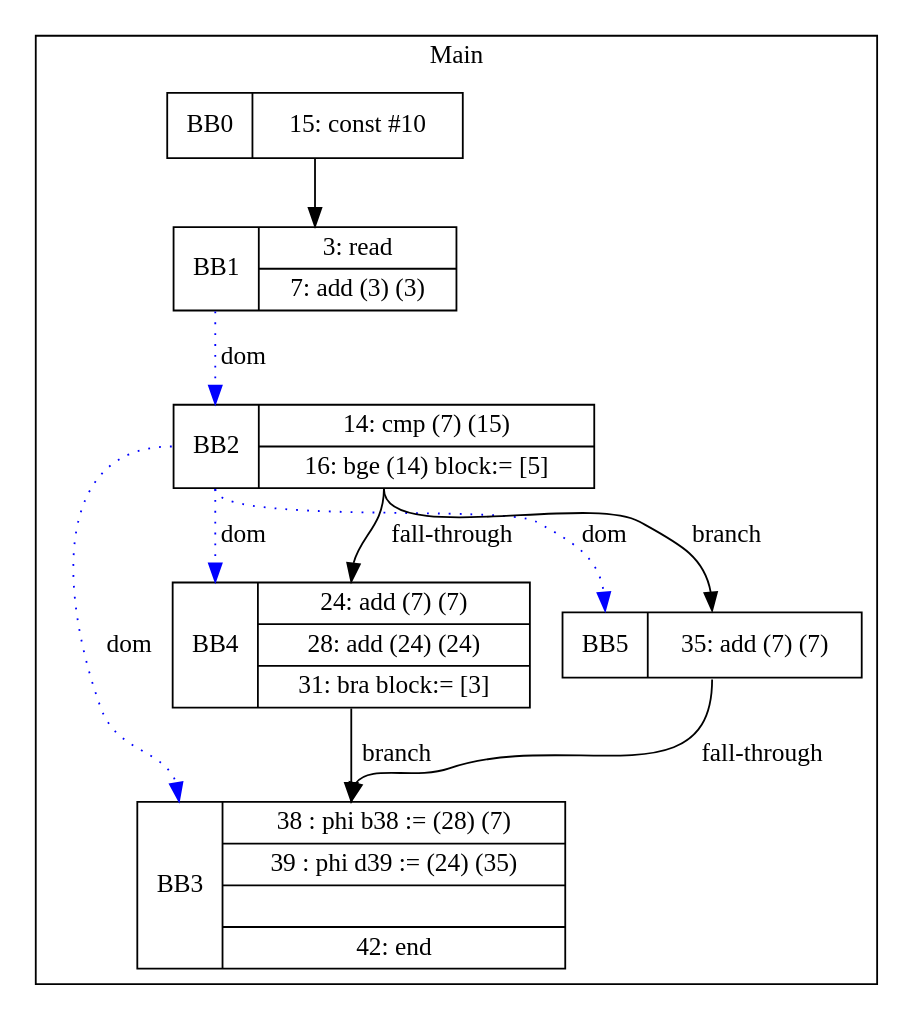
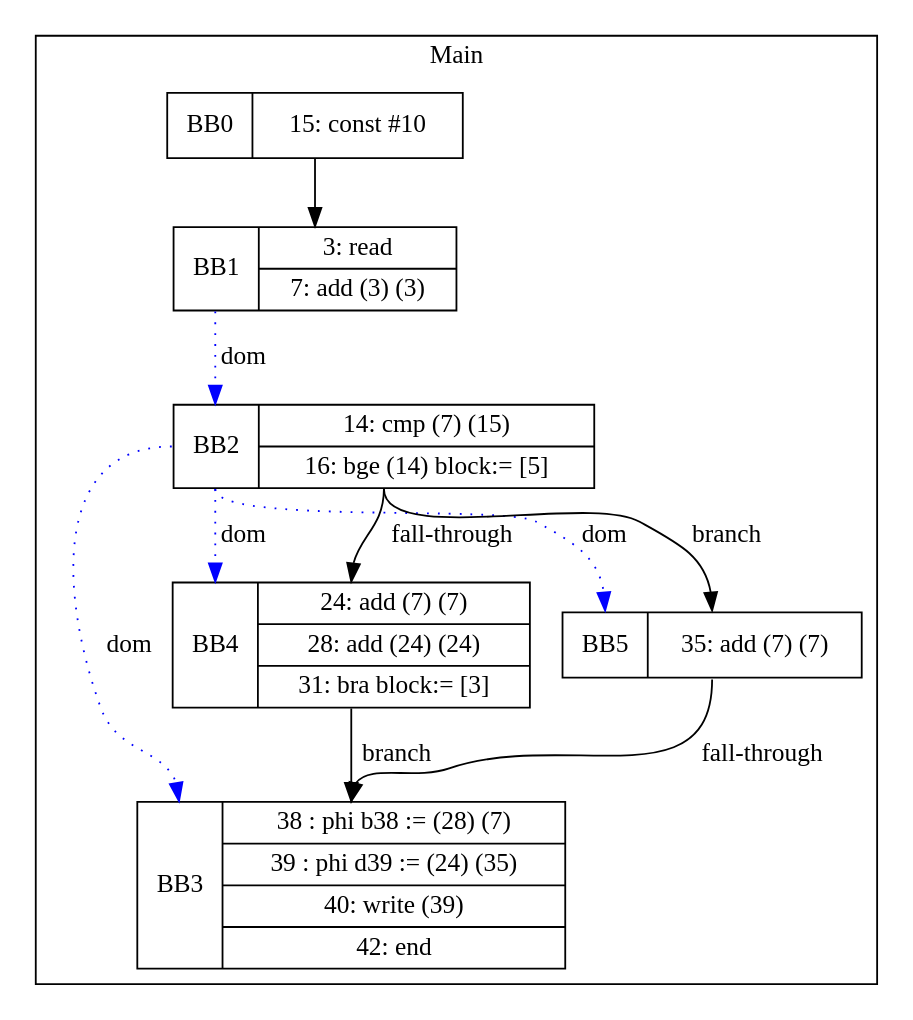
Before and after one commit to zjc664656505/UCI-CS241-Advanced-Compiler-main: the diagram in visualization/cbelem/if/cse.gv, drawn with Graphviz. The commit also changed 26 other files, not shown here.

```diff
--- a/visualization/cbelem/if/cse.gv
+++ b/visualization/cbelem/if/cse.gv
@@ -1,21 +1,21 @@
 digraph G {
 node [shape=record];
 subgraph cluster_main{
 label = "Main";
 BB0 [shape=record, label="<b>BB0|{15: const #10}"];
 BB1 [shape=record, label="<b>BB1|{3: read|7: add (3) (3)}"];
 BB2 [shape=record, label="<b>BB2|{14: cmp (7) (15)|16: bge (14) block:= [5]}"];
-BB3 [shape=record, label="<b>BB3|{38 : phi b38 := (28) (7)|39 : phi d39 := (24) (35)||42: end}"];
+BB3 [shape=record, label="<b>BB3|{38 : phi b38 := (28) (7)|39 : phi d39 := (24) (35)|40: write (39)|42: end}"];
 BB4 [shape=record, label="<b>BB4|{24: add (7) (7)|28: add (24) (24)|31: bra block:= [3]}"];
 BB5 [shape=record, label="<b>BB5|{35: add (7) (7)}"];
 }
 BB0:s -> BB1:n ;
 BB2:b -> BB3:b [color=blue, style=dotted, label="dom"];
 BB2:b -> BB4:b [color=blue, style=dotted, label="dom"];
 BB1:b -> BB2:b [color=blue, style=dotted, label="dom"];
 BB2:b -> BB5:b [color=blue, style=dotted, label="dom"];
 BB2:s -> BB5:n [label="branch"];
 BB4:s -> BB3:n [label="branch"];
 BB5:s -> BB3:n [label="fall-through"];
 BB2:s -> BB4:n [label="fall-through"];
 }
```
